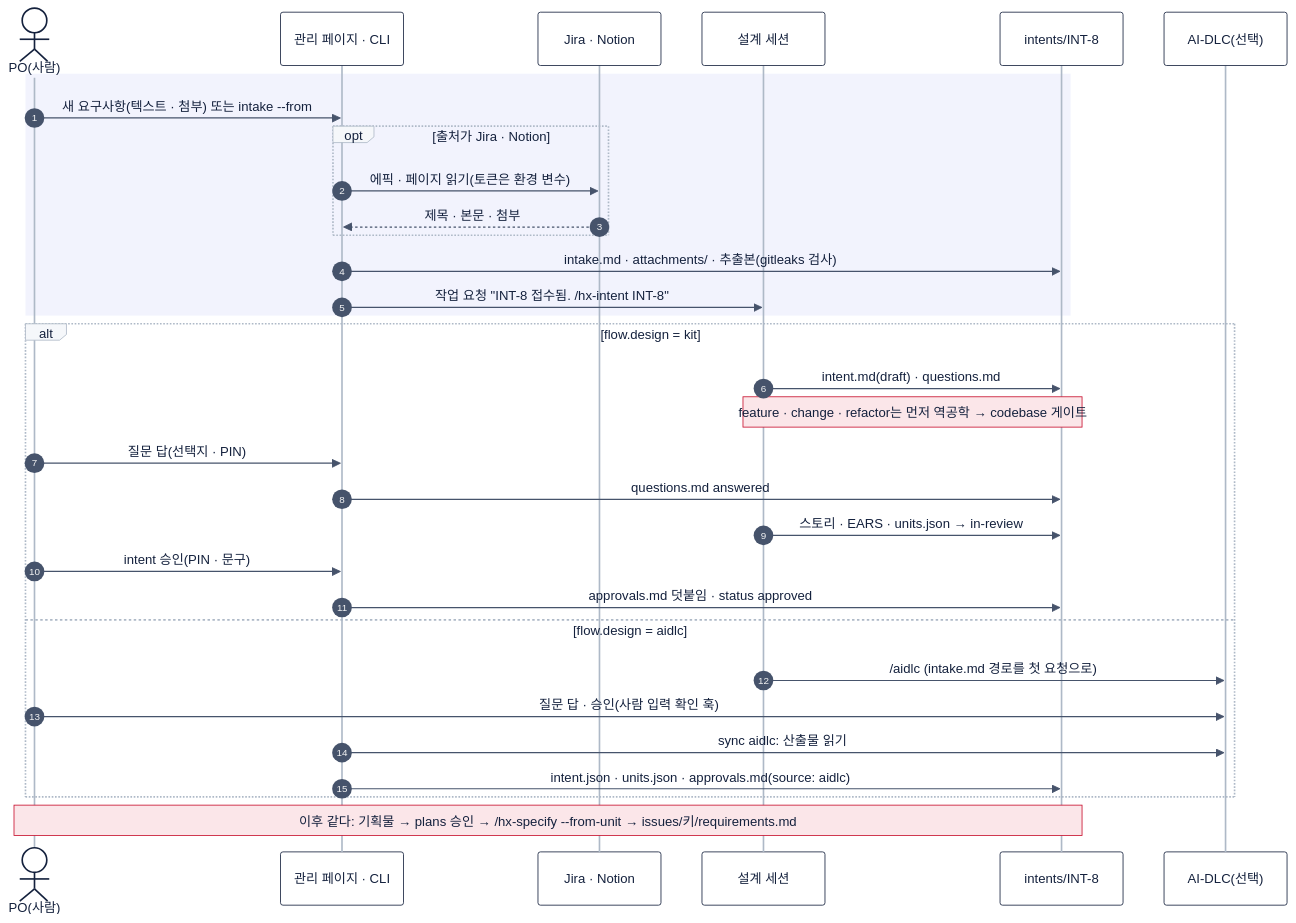
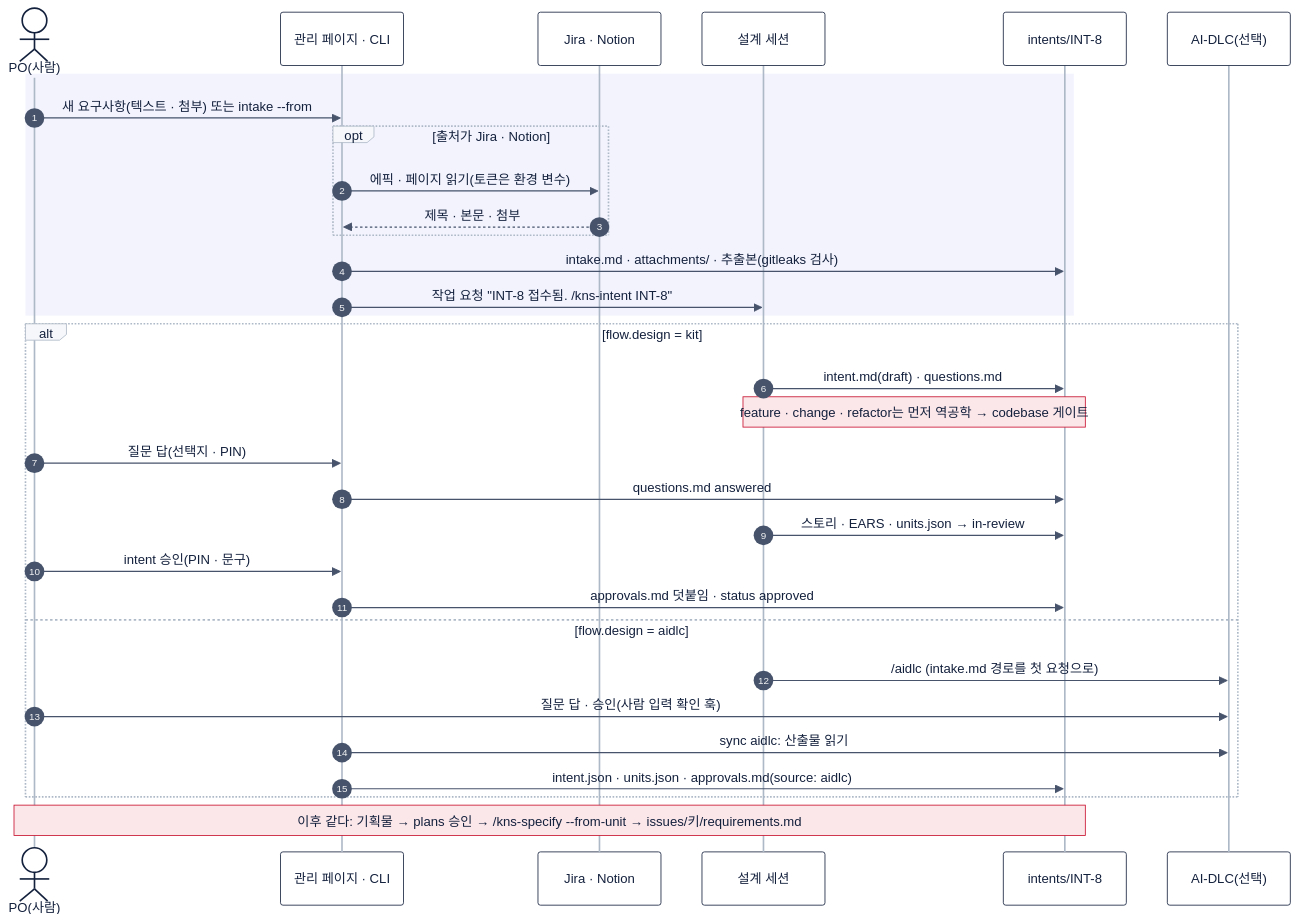
The diagram in docs/design/system/diagrams/seq-intake.mmd (pscheol/harness-starter-kit), drawn with Mermaid before and after one commit. The commit also changed 1245 other files, not shown here.

```diff
--- a/docs/design/system/diagrams/seq-intake.mmd
+++ b/docs/design/system/diagrams/seq-intake.mmd
@@ -1,33 +1,33 @@
 %%{init: {"theme": "base", "fontFamily": "Apple SD Gothic Neo, AppleSDGothicNeo, Noto Sans KR, Malgun Gothic, sans-serif", "themeVariables": {"fontFamily": "Apple SD Gothic Neo, AppleSDGothicNeo, Noto Sans KR, Malgun Gothic, sans-serif", "fontSize": "15px", "actorBkg": "#ffffff", "actorBorder": "#14213d", "actorTextColor": "#14213d", "actorLineColor": "#aeb9c7", "signalColor": "#46536b", "signalTextColor": "#14213d", "noteBkgColor": "#fbe6e9", "noteBorderColor": "#c8102e", "noteTextColor": "#14213d", "labelBoxBkgColor": "#f5f7fa", "labelBoxBorderColor": "#aeb9c7", "labelTextColor": "#14213d", "loopTextColor": "#14213d"}}}%%
 sequenceDiagram
   autonumber
   actor PO as PO(사람)
   participant UI as 관리 페이지 · CLI
   participant EXT as Jira · Notion
   participant DS as 설계 세션
   participant FS as intents/INT-8
   participant AI as AI-DLC(선택)
   rect rgba(231, 234, 251, 0.55)
     PO->>UI: 새 요구사항(텍스트 · 첨부) 또는 intake --from
     opt 출처가 Jira · Notion
       UI->>EXT: 에픽 · 페이지 읽기(토큰은 환경 변수)
       EXT-->>UI: 제목 · 본문 · 첨부
     end
     UI->>FS: intake.md · attachments/ · 추출본(gitleaks 검사)
-    UI->>DS: 작업 요청 "INT-8 접수됨. /hx-intent INT-8"
+    UI->>DS: 작업 요청 "INT-8 접수됨. /kns-intent INT-8"
   end
   alt flow.design = kit
     DS->>FS: intent.md(draft) · questions.md
     Note over DS,FS: feature · change · refactor는 먼저 역공학 → codebase 게이트
     PO->>UI: 질문 답(선택지 · PIN)
     UI->>FS: questions.md answered
     DS->>FS: 스토리 · EARS · units.json → in-review
     PO->>UI: intent 승인(PIN · 문구)
     UI->>FS: approvals.md 덧붙임 · status approved
   else flow.design = aidlc
     DS->>AI: /aidlc (intake.md 경로를 첫 요청으로)
     PO->>AI: 질문 답 · 승인(사람 입력 확인 훅)
     UI->>AI: sync aidlc: 산출물 읽기
     UI->>FS: intent.json · units.json · approvals.md(source: aidlc)
   end
-  Note over PO,FS: 이후 같다: 기획물 → plans 승인 → /hx-specify --from-unit → issues/키/requirements.md
+  Note over PO,FS: 이후 같다: 기획물 → plans 승인 → /kns-specify --from-unit → issues/키/requirements.md
```
